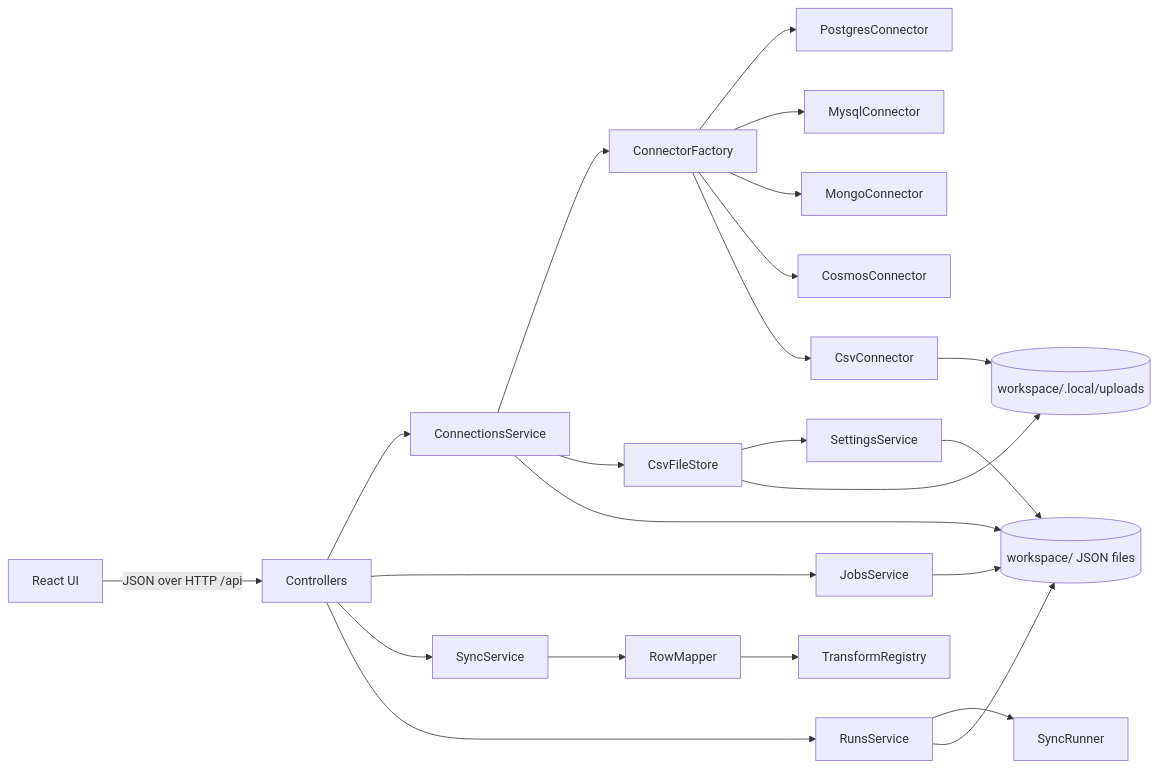
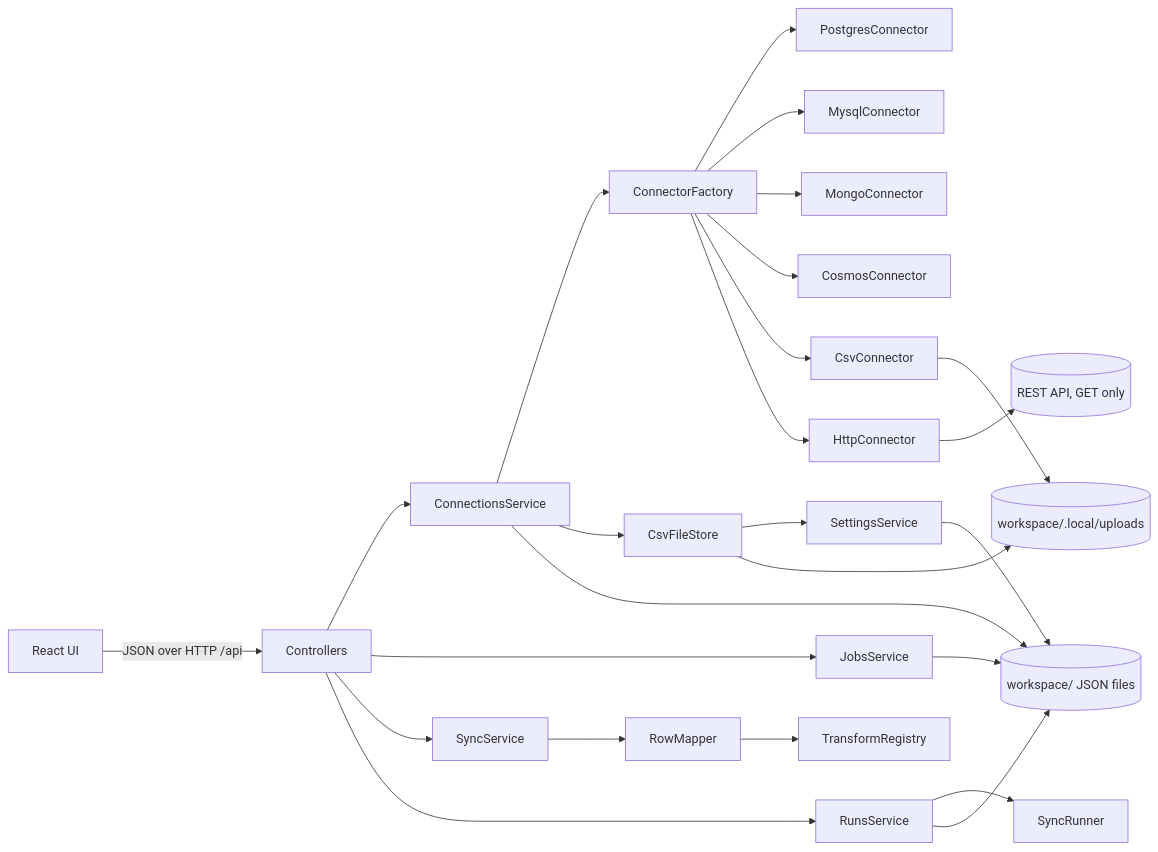
The diagram in docs/ARCHITECTURE.md (MohammedRaslan/sync-forge), drawn with Mermaid before and after one commit. The commit also changed other lines of this file and 48 other files, not shown here.

````diff
--- a/docs/ARCHITECTURE.md
+++ b/docs/ARCHITECTURE.md
@@ -10,22 +10,24 @@
 ```mermaid
 flowchart LR
   UI[React UI] -- JSON over HTTP /api --> API[Controllers]
   API --> CS[ConnectionsService]
   API --> JS[JobsService]
   API --> SS[SyncService]
   API --> RS[RunsService]
   RS --> RUN[SyncRunner]
   SS --> MAP[RowMapper]
   MAP --> TR[TransformRegistry]
   CS --> CF[ConnectorFactory]
   CF --> PG[PostgresConnector]
   CF --> MY[MysqlConnector]
   CF --> MG[MongoConnector]
   CF --> CO[CosmosConnector]
   CF --> CV[CsvConnector]
+  CF --> HC[HttpConnector]
+  HC --> API2[(REST API, GET only)]
   CS --> CFS[CsvFileStore]
   CFS --> SET[SettingsService]
   CV --> UP[(workspace/.local/uploads)]
   CFS --> UP
   CS & JS & RS & SET --> FS[(workspace/ JSON files)]
 ```
````
